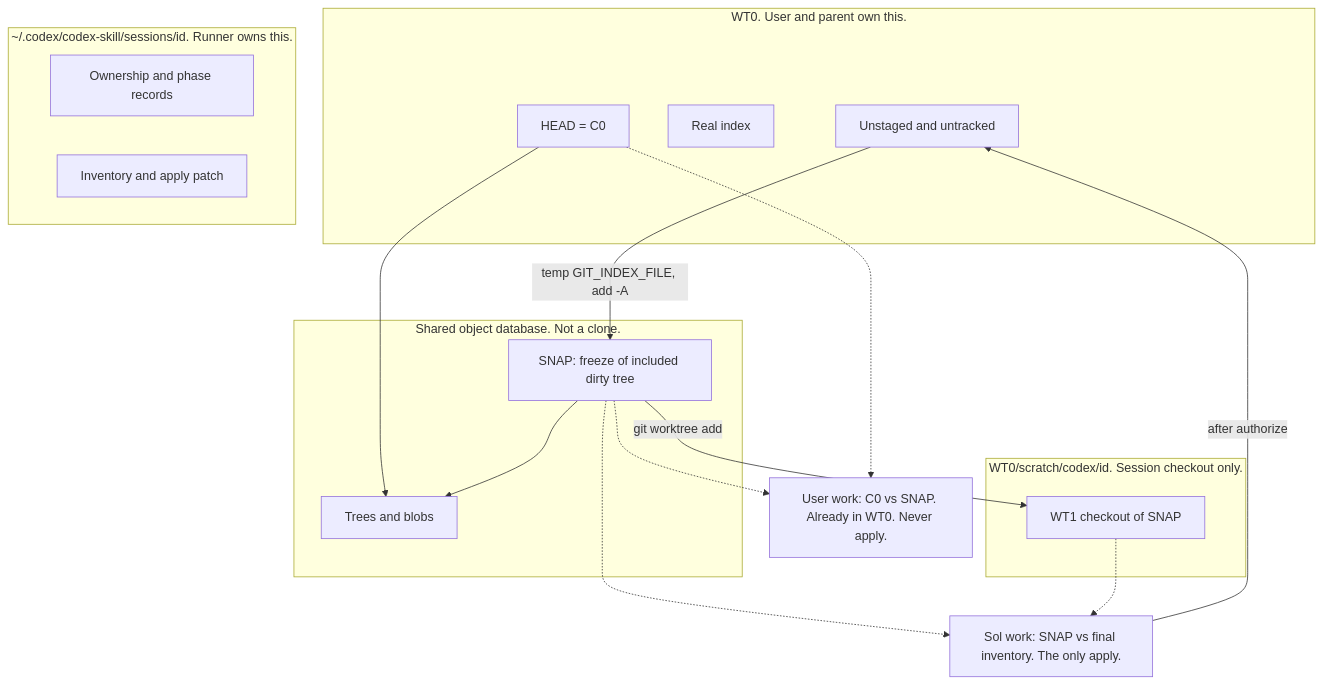
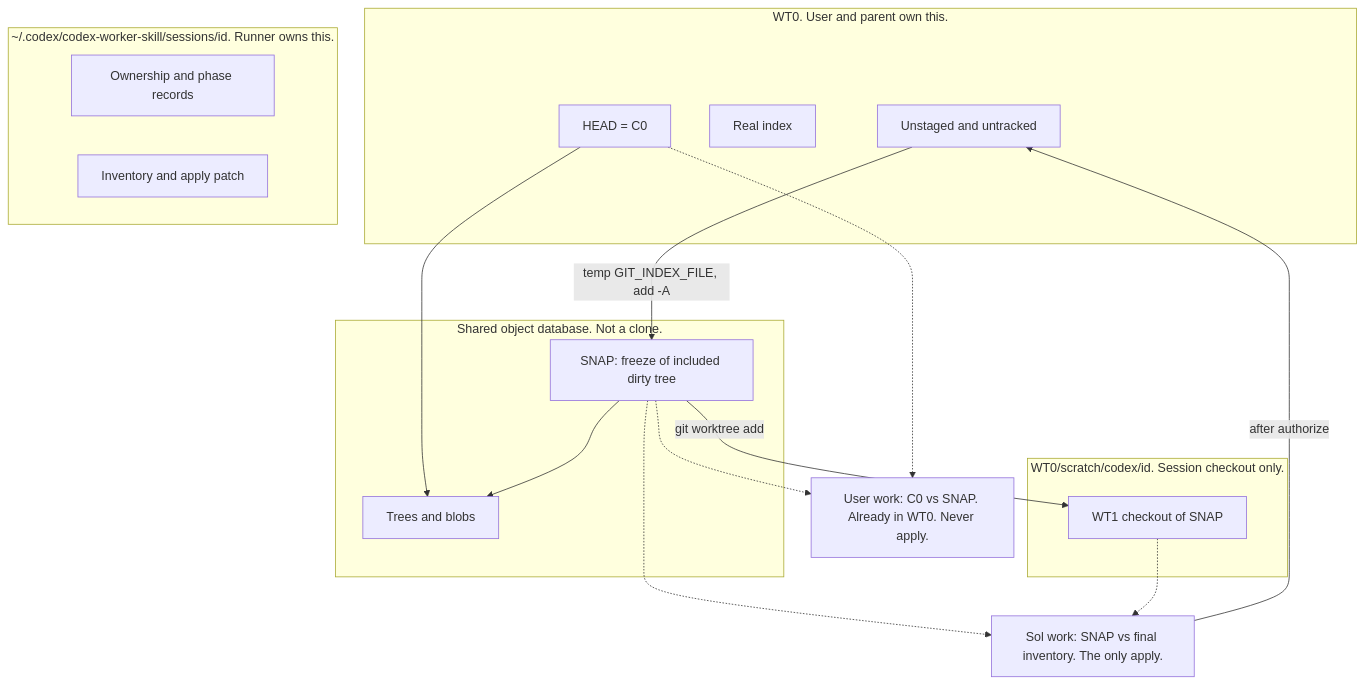
Before and after one commit to wenhao-shi/codex-worker-skill: the fourth of 10 diagrams in design/architecture.md, drawn with Mermaid. The commit also changed other lines of this file and 8 other files, not shown here.

First line of the commit message:
Rename to /codex-worker and let the parent pick model and effort from a local catalog.

````diff
--- a/design/architecture.md
+++ b/design/architecture.md
@@ -106,34 +106,34 @@
 ```mermaid
 flowchart TB
   subgraph wt0 ["WT0. User and parent own this."]
     HEAD["HEAD = C0"]
     INDEX[Real index]
     DIRTY["Unstaged and untracked"]
   end
 
   subgraph odb ["Shared object database. Not a clone."]
     BLOBS[Trees and blobs]
     SNAP["SNAP: freeze of included dirty tree"]
   end
 
-  subgraph meta ["~/.codex/codex-skill/sessions/id. Runner owns this."]
+  subgraph meta ["~/.codex/codex-worker-skill/sessions/id. Runner owns this."]
     RECS[Ownership and phase records]
     INV[Inventory and apply patch]
   end
 
   subgraph scratch ["WT0/scratch/codex/id. Session checkout only."]
     WT1["WT1 checkout of SNAP"]
   end
 
   HEAD --> BLOBS
   DIRTY -->|"temp GIT_INDEX_FILE, add -A"| SNAP
   SNAP --> BLOBS
   SNAP -->|"git worktree add"| WT1
   C0diff["User work: C0 vs SNAP. Already in WT0. Never apply."]
   Soldiff["Sol work: SNAP vs final inventory. The only apply."]
   HEAD -.-> C0diff
   SNAP -.-> C0diff
   SNAP -.-> Soldiff
   WT1 -.-> Soldiff
   Soldiff -->|"after authorize"| DIRTY
 ```
````
